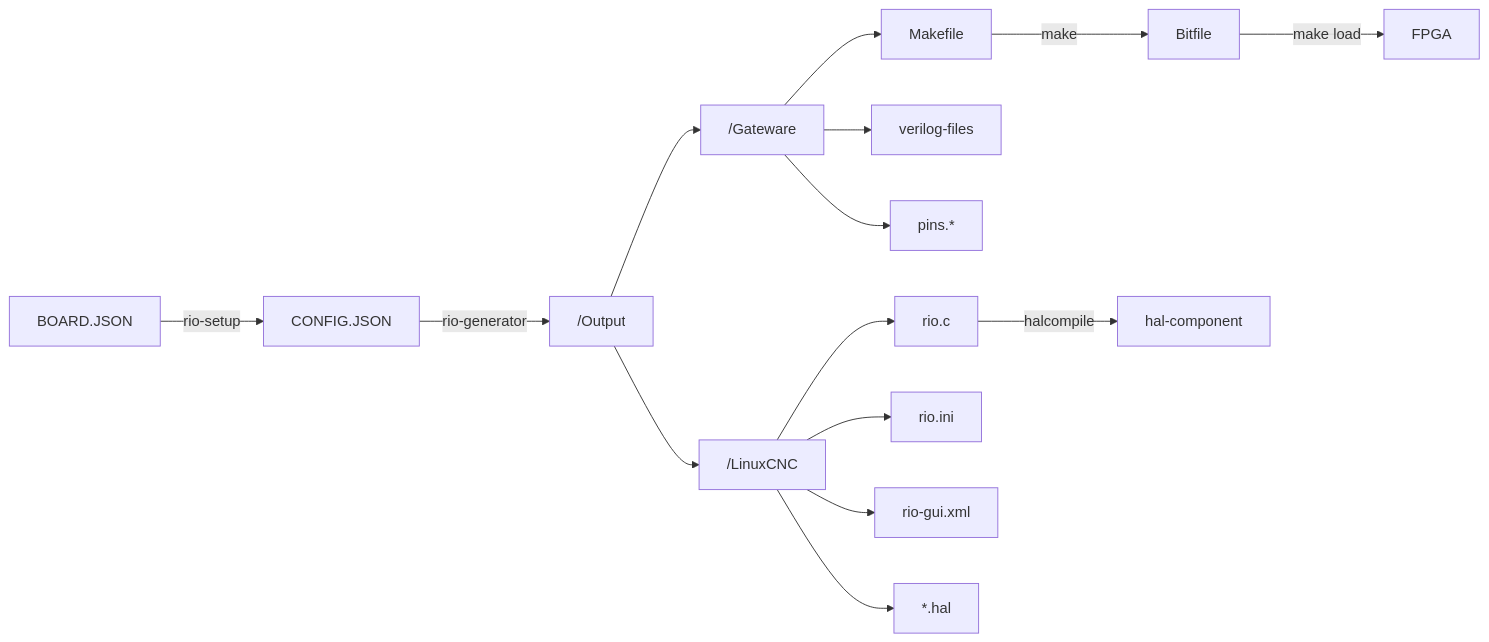
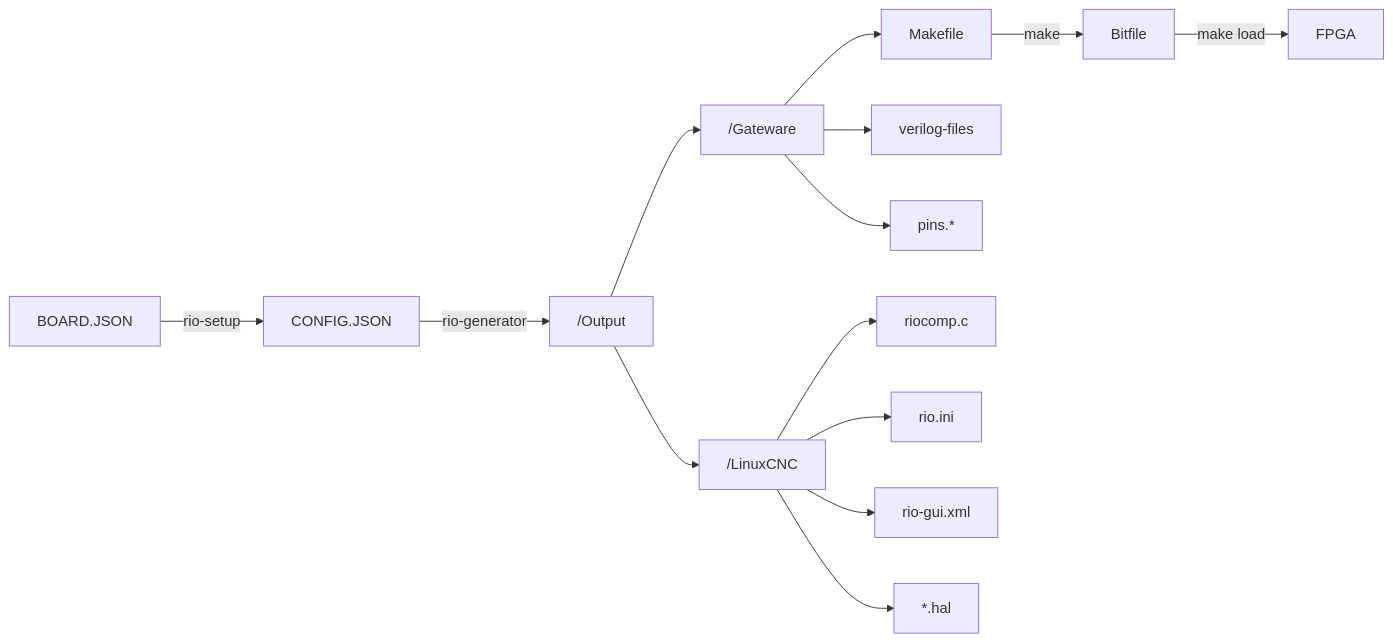
Before and after one commit to multigcs/riocore: the diagram in README.md, drawn with Mermaid. The commit also changed 1 other file, not shown here.

Commit message:
fixing rio(comp).c stuff

````diff
--- a/README.md
+++ b/README.md
@@ -163,17 +163,16 @@
 ```mermaid
 graph LR;
     BOARD.JSON--rio-setup-->CONFIG.JSON;
     CONFIG.JSON--rio-generator-->/Output;
     /Output-->/Gateware;
     /Gateware-->Makefile;
     /Gateware-->verilog-files;
     /Gateware-->pins.*;
     Makefile--make-->Bitfile;
     Bitfile--make load-->FPGA;
     /Output-->/LinuxCNC;
-    /LinuxCNC-->rio.c;
+    /LinuxCNC-->riocomp.c;
     /LinuxCNC-->rio.ini
     /LinuxCNC-->rio-gui.xml
     /LinuxCNC-->*.hal;
-    rio.c--halcompile-->hal-component;
 ```
````
